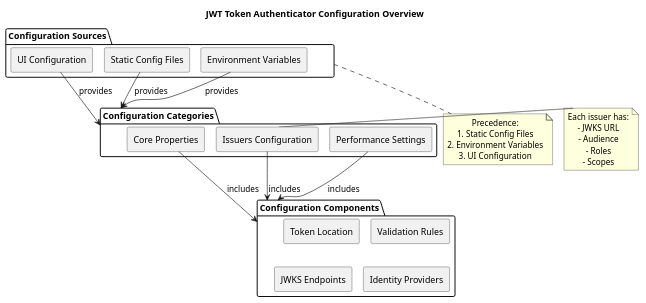
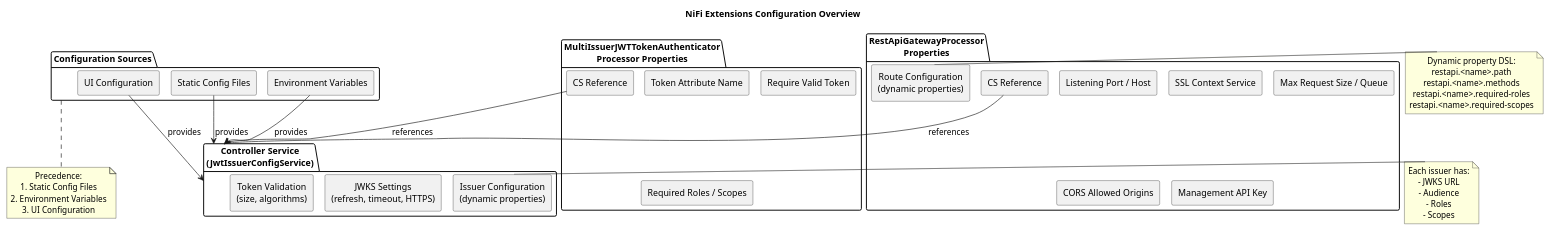
One commit to cuioss/nifi-extensions changed the diagram in doc/plantuml/configuration-overview.puml. Above: the diagram before and after it, drawn with PlantUML. The commit also changed 32 other files, not shown here.

First line of the commit message:
docs: comprehensive documentation update for CS architecture and REST API Gateway (#188)

```diff
--- a/doc/plantuml/configuration-overview.puml
+++ b/doc/plantuml/configuration-overview.puml
@@ -1,51 +1,68 @@
 @startuml configuration-overview
 !pragma layout smetana
 skinparam backgroundColor white
 skinparam componentStyle rectangle
 skinparam defaultTextAlignment center
 
-title JWT Token Authenticator Configuration Overview
+title NiFi Extensions Configuration Overview
 
 package "Configuration Sources" as sources {
   [UI Configuration] as ui
   [Static Config Files] as files
   [Environment Variables] as env
 }
 
-package "Configuration Categories" as categories {
-  [Core Properties] as core
-  [Issuers Configuration] as issuers
-  [Performance Settings] as perf
+package "Controller Service\n(JwtIssuerConfigService)" as cs_config {
+  [Issuer Configuration\n(dynamic properties)] as issuers
+  [JWKS Settings\n(refresh, timeout, HTTPS)] as jwks_settings
+  [Token Validation\n(size, algorithms)] as token_settings
 }
 
-package "Configuration Components" as components {
-  [Token Location] as token
-  [Validation Rules] as validation
-  [JWKS Endpoints] as jwks
-  [Identity Providers] as idp
+package "MultiIssuerJWTTokenAuthenticator\nProcessor Properties" as jwt_config {
+  [Token Attribute Name] as token_attr
+  [Require Valid Token] as require_token
+  [Required Roles / Scopes] as jwt_authz
+  [CS Reference] as jwt_cs_ref
 }
 
-ui --> categories : provides
-files --> categories : provides
-env --> categories : provides
+package "RestApiGatewayProcessor\nProperties" as gw_config {
+  [Listening Port / Host] as listen
+  [SSL Context Service] as ssl
+  [Max Request Size / Queue] as limits
+  [CORS Allowed Origins] as cors
+  [Management API Key] as mgmt_key
+  [CS Reference] as gw_cs_ref
+  [Route Configuration\n(dynamic properties)] as routes
+}
 
-core --> components : includes
-issuers --> components : includes 
-perf --> components : includes
+ui --> cs_config : provides
+files --> cs_config : provides
+env --> cs_config : provides
+
+jwt_cs_ref --> cs_config : references
+gw_cs_ref --> cs_config : references
 
 note bottom of sources
   Precedence:
   1. Static Config Files
   2. Environment Variables
   3. UI Configuration
+end note
+
+note right of routes
+  Dynamic property DSL:
+  restapi.<name>.path
+  restapi.<name>.methods
+  restapi.<name>.required-roles
+  restapi.<name>.required-scopes
 end note
 
 note right of issuers
   Each issuer has:
   - JWKS URL
   - Audience
   - Roles
   - Scopes
 end note
 
 @enduml
```
